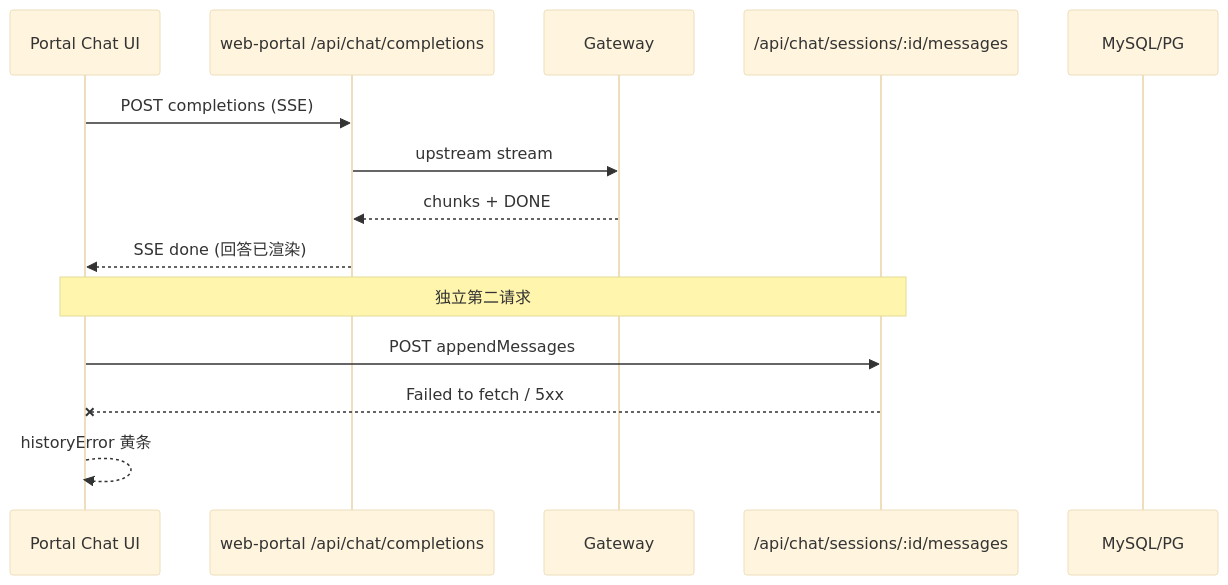
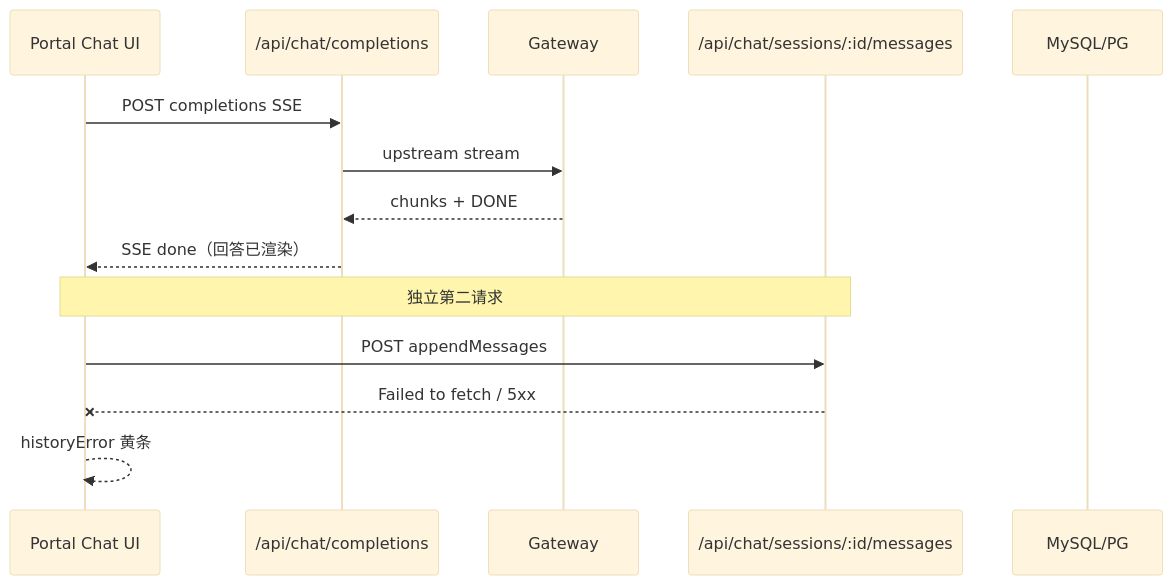
Before and after one commit to DemonDamon/AgenticX: the first of 2 diagrams in .cursor/plans/pending/2026-07-30-enterprise-chat-history-durable-sync.plan.md, drawn with Mermaid (base theme). The commit also changed other lines of this file, not shown here.

````diff
--- a/.cursor/plans/pending/2026-07-30-enterprise-chat-history-durable-sync.plan.md
+++ b/.cursor/plans/pending/2026-07-30-enterprise-chat-history-durable-sync.plan.md
@@ -35,17 +40,17 @@
 ```mermaid
 sequenceDiagram
   participant UI as Portal Chat UI
-  participant BFF as web-portal /api/chat/completions
+  participant BFF as /api/chat/completions
   participant GW as Gateway
   participant Hist as /api/chat/sessions/:id/messages
   participant DB as MySQL/PG
 
-  UI->>BFF: POST completions (SSE)
+  UI->>BFF: POST completions SSE
   BFF->>GW: upstream stream
   GW-->>BFF: chunks + DONE
-  BFF-->>UI: SSE done (回答已渲染)
+  BFF-->>UI: SSE done（回答已渲染）
   Note over UI,Hist: 独立第二请求
   UI->>Hist: POST appendMessages
   Hist--xUI: Failed to fetch / 5xx
   UI-->>UI: historyError 黄条
 ```
````
